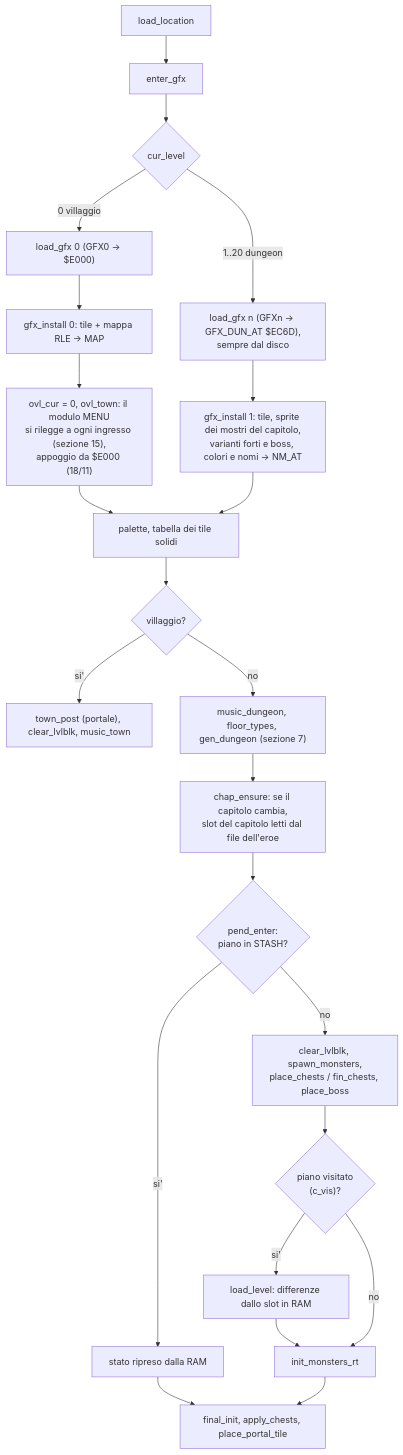
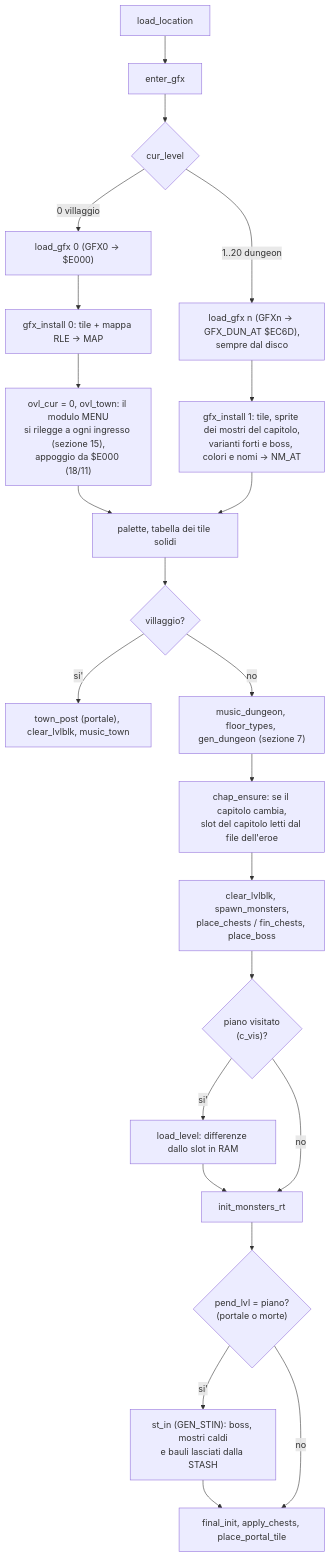
The seventh of 18 diagrams in docs/wiki/flussi.md (caporalesimone/barbarian-the-blood-path), drawn with Mermaid before and after one commit. The commit also changed other lines of this file and 23 other files, not shown here.

````diff
--- a/docs/wiki/flussi.md
+++ b/docs/wiki/flussi.md
@@ -169,24 +170,23 @@
 ```mermaid
 flowchart TD
     LL["load_location"] --> EG["enter_gfx"]
     EG --> V{"cur_level"}
     V -->|"0 villaggio"| LG0["load_gfx 0 (GFX0 -> $E000)"] --> GI0
     GI0["gfx_install 0: tile + mappa RLE -> MAP"] --> MN
     MN["ovl_cur = 0, ovl_town: il modulo MENU<br/>si rilegge a ogni ingresso (sezione 15),<br/>appoggio da $E000 (18/11)"]
     V -->|"1..20 dungeon"| LGN["load_gfx n (GFXn -> GFX_DUN_AT $EC6D),<br/>sempre dal disco"]
     LGN --> GI1["gfx_install 1: tile, sprite dei mostri del capitolo,<br/>varianti forti e boss, colori e nomi -> NM_AT"]
     MN --> PAL["palette, tabella dei tile solidi"]
     GI1 --> PAL
     PAL --> W2{"villaggio?"}
     W2 -->|si'| TP["town_post (portale), clear_lvlblk, music_town"]
     W2 -->|no| DG["music_dungeon, floor_types, gen_dungeon (sezione 7)"]
     DG --> CE["chap_ensure: se il capitolo cambia,<br/>slot del capitolo letti dal file dell'eroe"]
-    CE --> PE{"pend_enter:<br/>piano in STASH?"}
-    PE -->|si'| MEM["stato ripreso dalla RAM"]
-    PE -->|no| CLR["clear_lvlblk, spawn_monsters,<br/>place_chests / fin_chests, place_boss"]
+    CE --> CLR["clear_lvlblk, spawn_monsters,<br/>place_chests / fin_chests, place_boss"]
     CLR --> VB{"piano visitato<br/>(c_vis)?"}
     VB -->|si'| LDL["load_level: differenze dallo slot in RAM"] --> IR
     VB -->|no| IR["init_monsters_rt"]
-    MEM --> FI
-    IR --> FI["final_init, apply_chests, place_portal_tile"]
+    IR --> PE{"pend_lvl = piano?<br/>(portale o morte)"}
+    PE -->|"si'"| MEM["st_in (GEN_STIN): boss, mostri caldi<br/>e bauli lasciati dalla STASH"] --> FI
+    PE -->|no| FI["final_init, apply_chests, place_portal_tile"]
 ```
````
